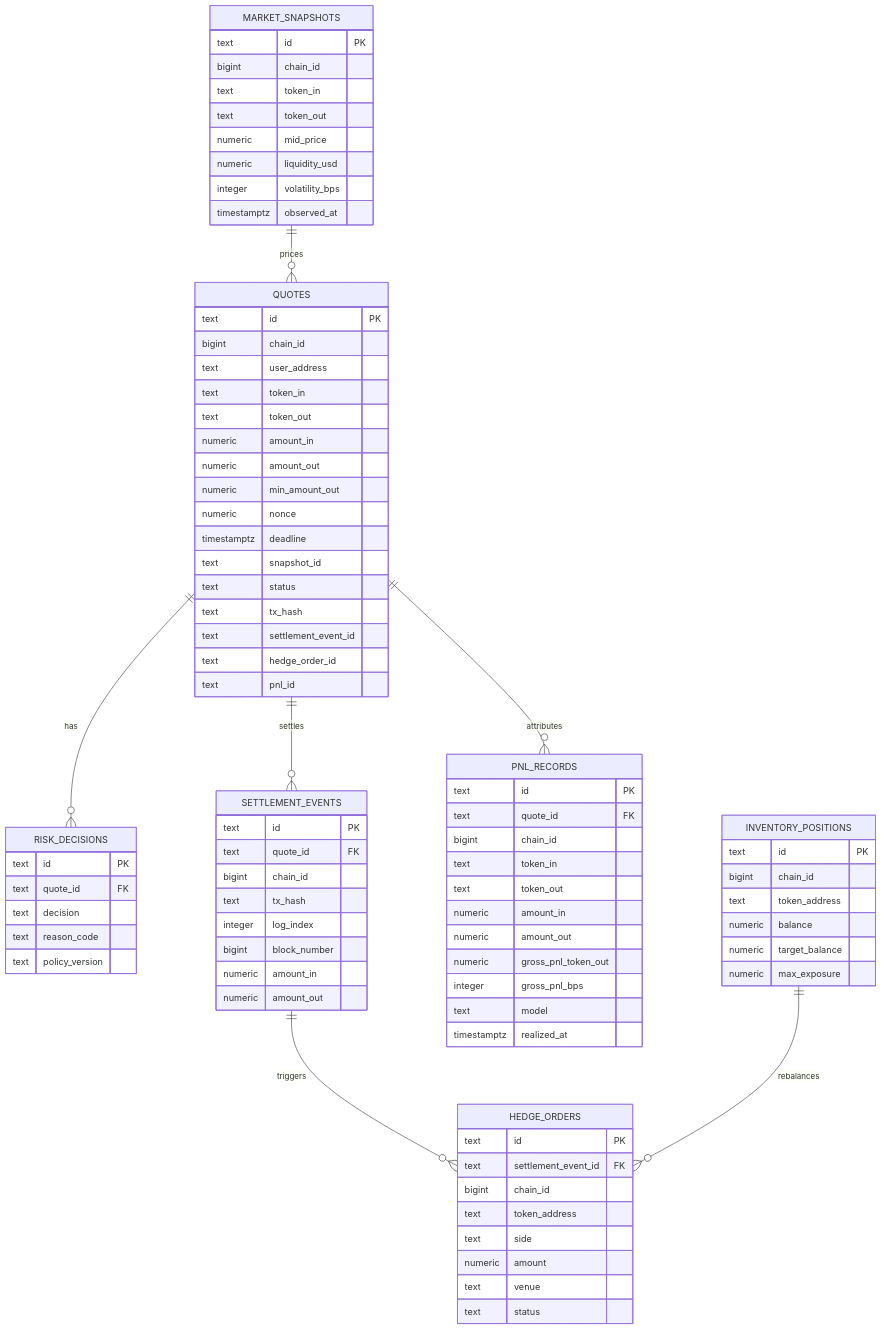
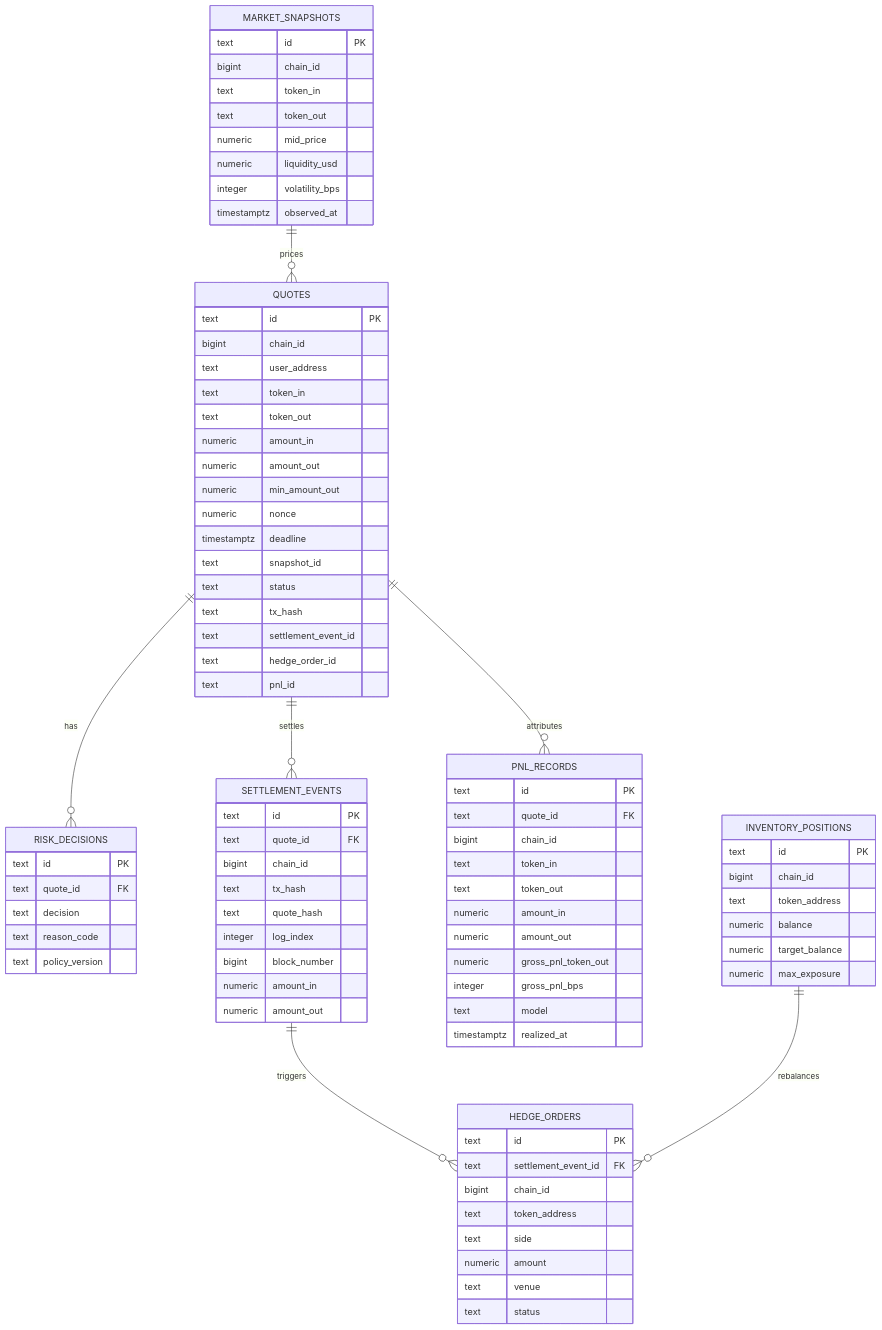
The diagram in docs/database/er-diagram.md (alvis-ai/production-grade-web3-rfq-market-maker), drawn with Mermaid before and after one commit. The commit also changed other lines of this file and 3 other files, not shown here.

Commit message:
docs: persist settlement quote hash in schema

```diff
--- a/docs/database/er-diagram.md
+++ b/docs/database/er-diagram.md
@@ -54,6 +54,7 @@
     text quote_id FK
     bigint chain_id
     text tx_hash
+    text quote_hash
     integer log_index
     bigint block_number
     numeric amount_in
```
